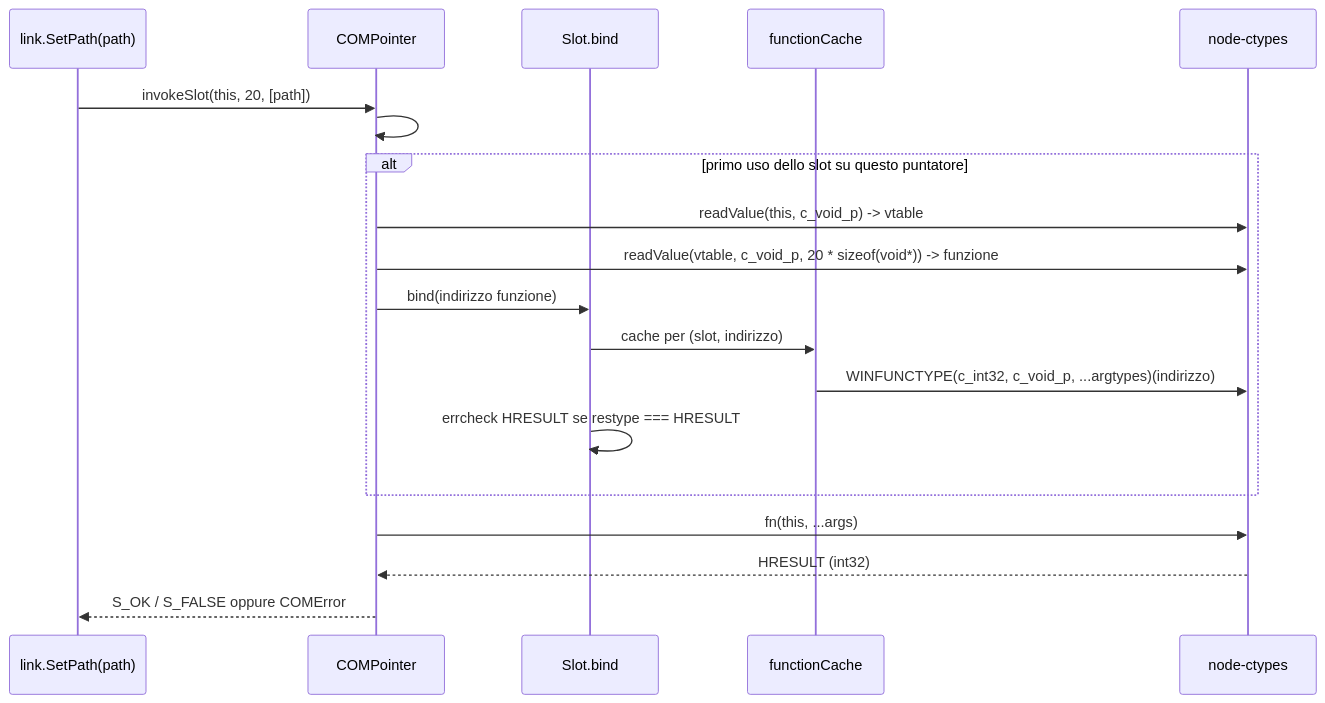
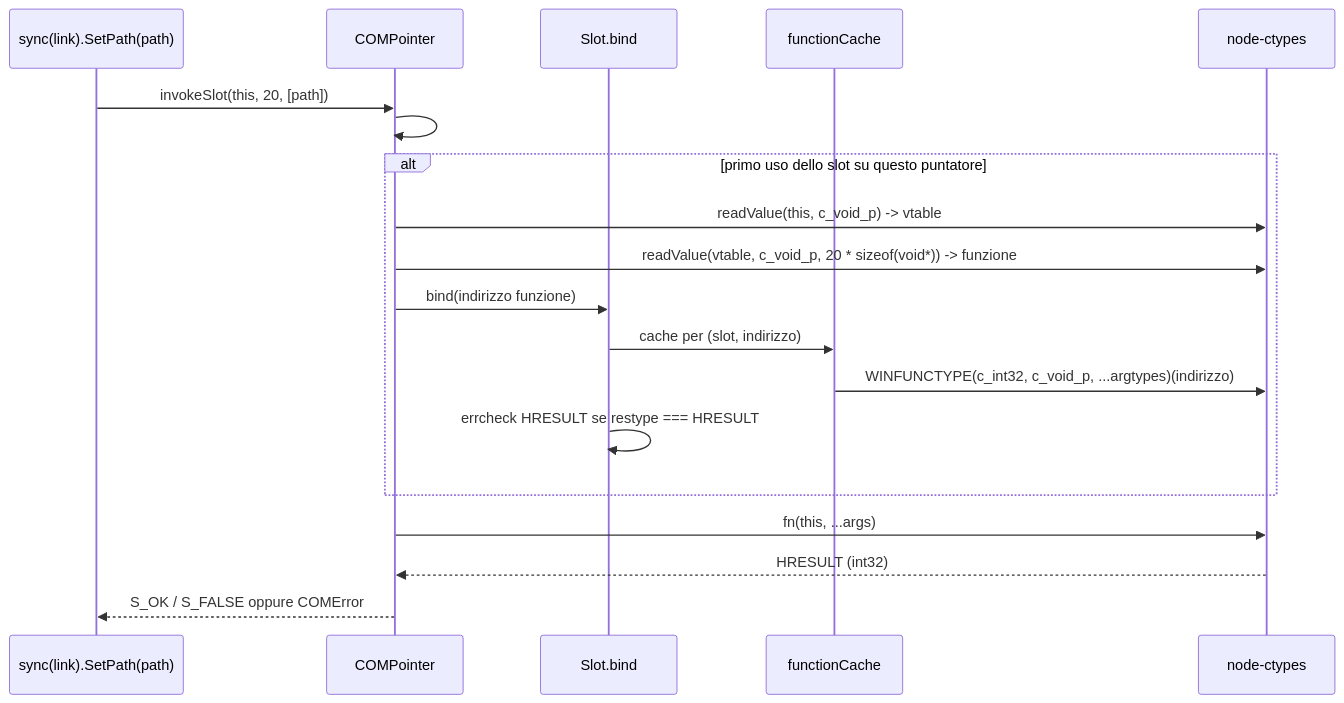
Before and after one commit to dmazzella/node-comtypes: the second of 16 diagrams in FLOWS.md, drawn with Mermaid. The commit also changed other lines of this file, not shown here.

Commit message:
docs: align FLOWS.md with the asynchronous API

````diff
--- a/FLOWS.md
+++ b/FLOWS.md
@@ -98,21 +103,21 @@
 ```mermaid
 sequenceDiagram
-    participant JS as link.SetPath(path)
+    participant JS as sync(link).SetPath(path)
     participant P as COMPointer #invoke(slot)
     participant S as Slot.bind
     participant C as functionCache
     participant N as node-ctypes
     JS->>P: invokeSlot(this, 20, [path])
     P->>P: #live(): errore se rilasciato
     alt primo uso dello slot su questo puntatore
         P->>N: readValue(this, c_void_p) -> vtable
         P->>N: readValue(vtable, c_void_p, 20 * sizeof(void*)) -> funzione
         P->>S: bind(indirizzo funzione)
         S->>C: cache per (slot, indirizzo)
         C->>N: WINFUNCTYPE(c_int32, c_void_p, ...argtypes)(indirizzo)
         S->>S: errcheck HRESULT se restype === HRESULT
     end
     P->>N: fn(this, ...args)
     N-->>P: HRESULT (int32)
     P-->>JS: S_OK / S_FALSE oppure COMError
 ```
````
